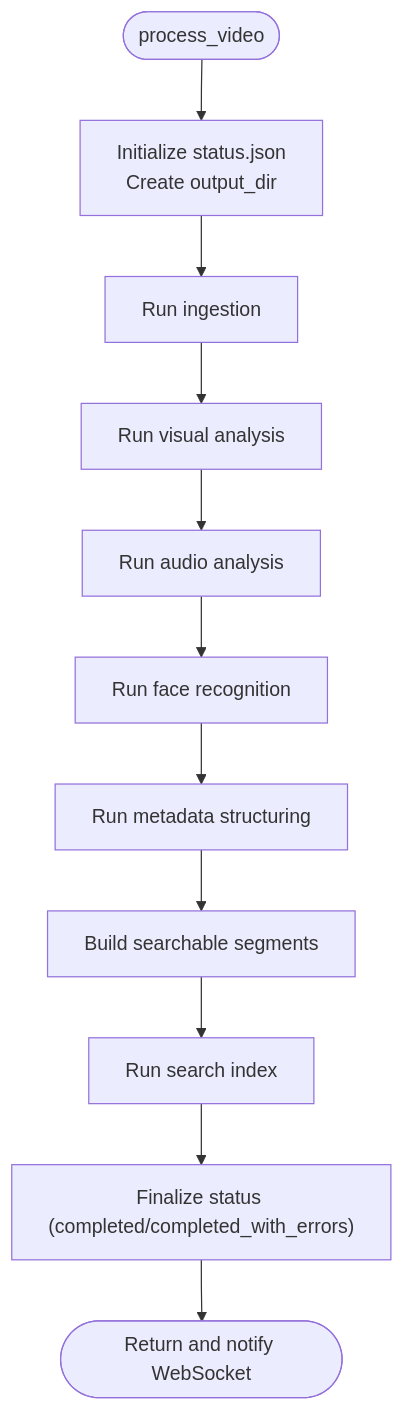
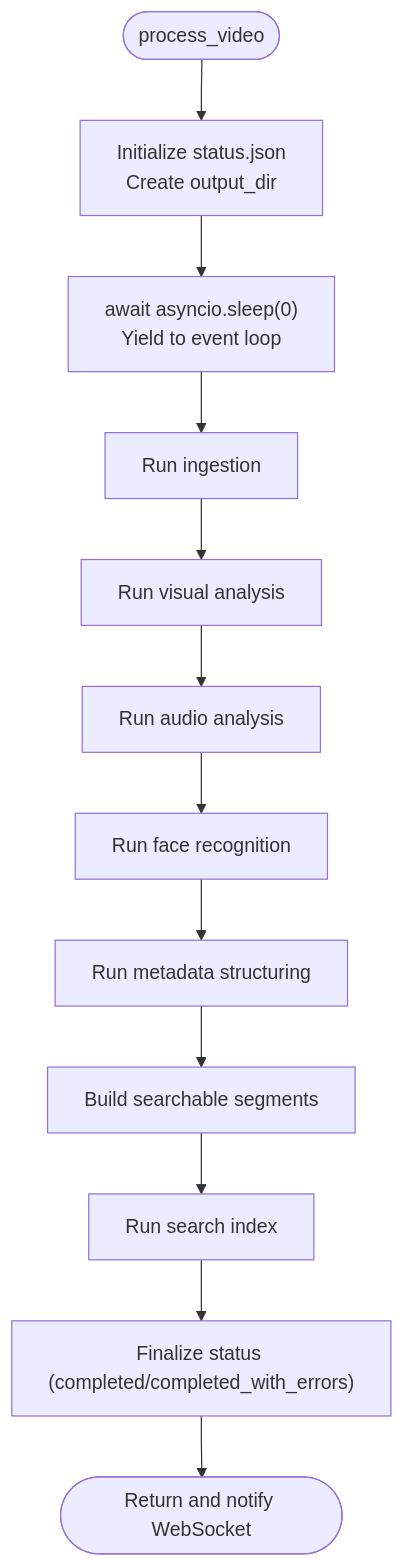
Before and after one commit to alexandreybasta-cyber/dubai-media-ai: the third of 5 diagrams in .qoder/repowiki/en/content/Media Processing Pipeline/Media Processing Pipeline.md, drawn with Mermaid. The commit also changed other lines of this file and 30 other files, not shown here.

````diff
--- a/.qoder/repowiki/en/content/Media Processing Pipeline/Media Processing Pipeline.md
+++ b/.qoder/repowiki/en/content/Media Processing Pipeline/Media Processing Pipeline.md
@@ -185,13 +198,14 @@
 ```mermaid
 flowchart TD
 Start(["process_video"]) --> Init["Initialize status.json<br/>Create output_dir"]
-Init --> Stage1["Run ingestion"]
+Init --> Yield["await asyncio.sleep(0)<br/>Yield to event loop"]
+Yield --> Stage1["Run ingestion"]
 Stage1 --> Stage2["Run visual analysis"]
 Stage2 --> Stage3["Run audio analysis"]
 Stage3 --> Stage4["Run face recognition"]
 Stage4 --> Stage5["Run metadata structuring"]
 Stage5 --> Segments["Build searchable segments"]
 Segments --> Stage6["Run search index"]
 Stage6 --> Finalize["Finalize status (completed/completed_with_errors)"]
 Finalize --> Done(["Return and notify WebSocket"])
 ```
````
